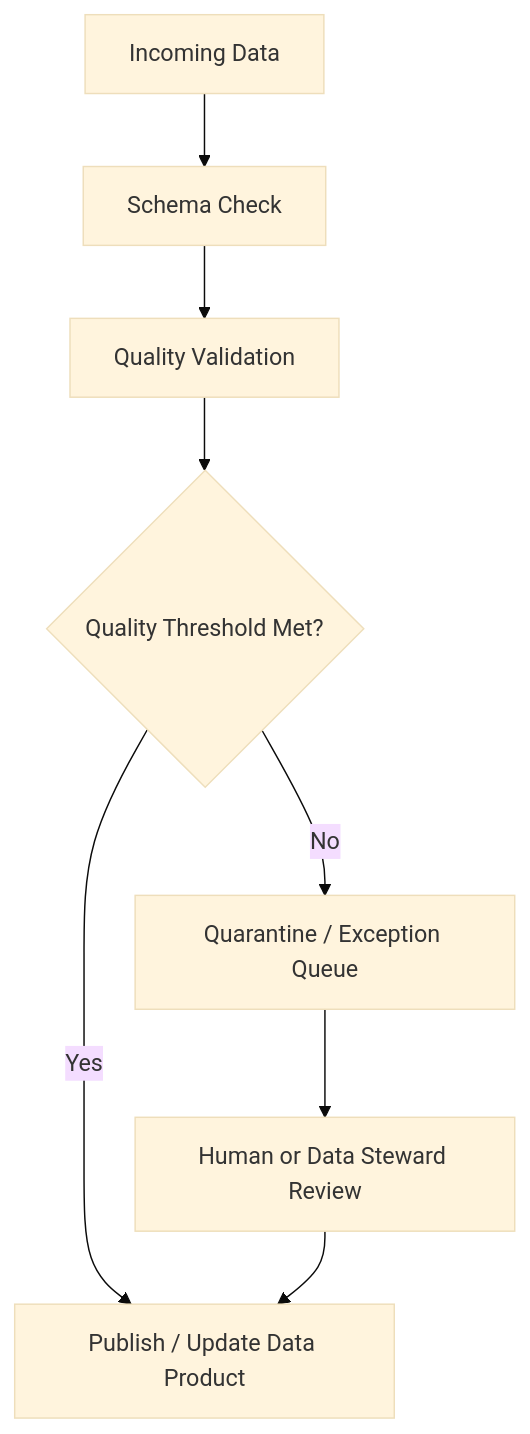
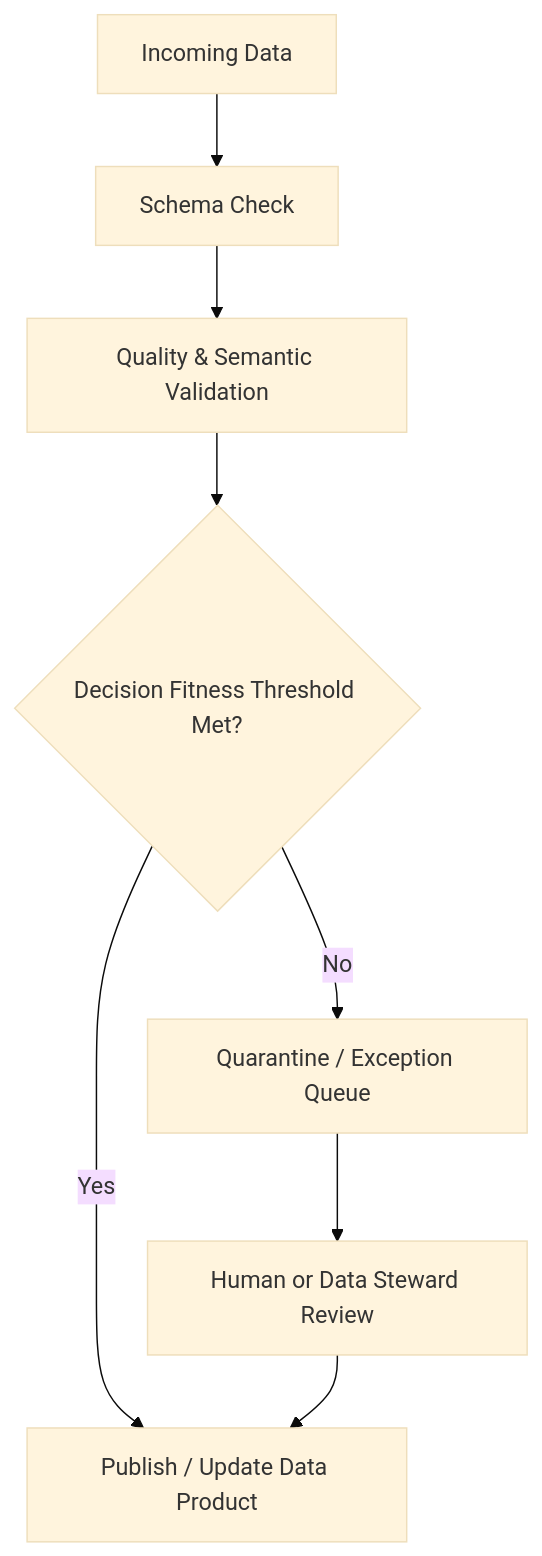
One commit to huda-salam/ai-architecture-advisor-book changed the second of 3 diagrams in docs/chapters/12-enterprise-data-architecture.md. Above: the diagram before and after it, drawn with Mermaid (base theme). The commit also changed other lines of this file, not shown here.

Commit message:
Harden Chapter 12 data architecture foundations

````diff
--- a/docs/chapters/12-enterprise-data-architecture.md
+++ b/docs/chapters/12-enterprise-data-architecture.md
@@ -348,10 +362,10 @@
 ```mermaid
 flowchart TD
     A[Incoming Data] --> B[Schema Check]
-    B --> C[Quality Validation]
-    C --> D{Quality Threshold Met?}
+    B --> C[Quality & Semantic Validation]
+    C --> D{Decision Fitness Threshold Met?}
     D -->|Yes| E[Publish / Update Data Product]
     D -->|No| F[Quarantine / Exception Queue]
     F --> G[Human or Data Steward Review]
     G --> E
 ```
````
